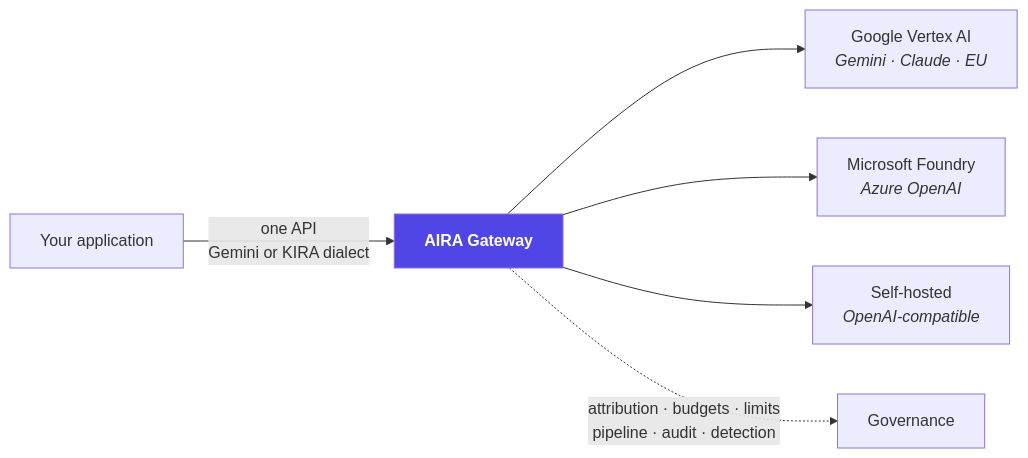
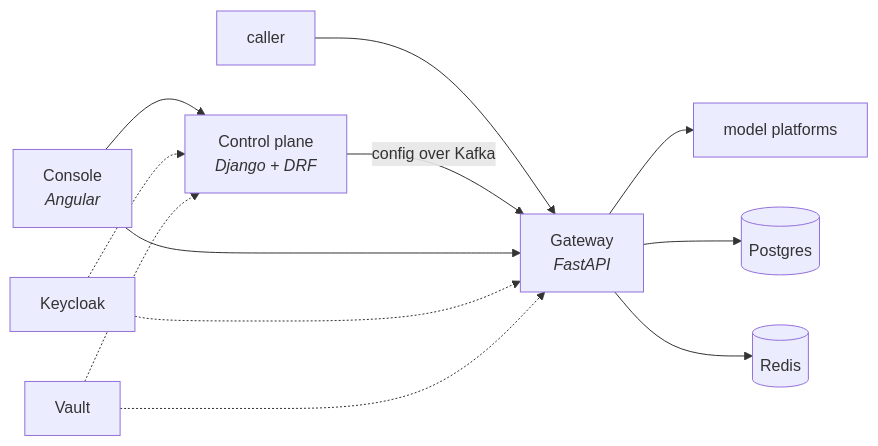
The first of 2 diagrams in README.md (InigoImago/AIRA-Gateway), drawn with Mermaid before and after one commit. The commit also changed other lines of this file and 16 other files, not shown here.

````diff
--- a/README.md
+++ b/README.md
@@ -14,9 +136,14 @@
 ```mermaid
 graph LR
-    app["Your application"] -->|"one API<br/>Gemini or KIRA dialect"| aira["<b>AIRA Gateway</b>"]
-    aira --> v["Google Vertex AI<br/><i>Gemini · Claude · EU</i>"]
-    aira --> f["Microsoft Foundry<br/><i>Azure OpenAI</i>"]
-    aira --> s["Self-hosted<br/><i>OpenAI-compatible</i>"]
-    aira -.->|"attribution · budgets · limits<br/>pipeline · audit · detection"| gov["Governance"]
-    style aira fill:#4f46e5,color:#fff
+  caller["caller"] --> gw["Gateway<br/><i>FastAPI</i>"]
+  gw --> up["model platforms"]
+  gw --> pg[("Postgres")]
+  gw --> redis[("Redis")]
+  mg["Control plane<br/><i>Django + DRF</i>"] -- config over Kafka --> gw
+  ui["Console<br/><i>Angular</i>"] --> mg
+  ui --> gw
+  kc["Keycloak"] -.-> gw
+  kc -.-> mg
+  vault["Vault"] -.-> gw
+  vault -.-> mg
 ```
````
